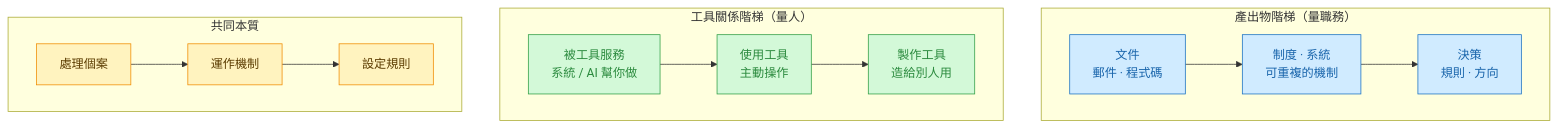
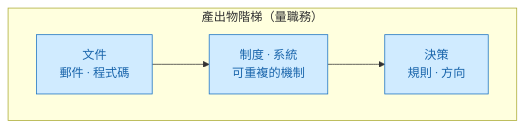
One commit to EddieSu/ai-adoption-notes changed the first of 4 diagrams in AI職務增強評估框架.md. Above: the diagram before and after it, drawn with Mermaid.

Commit message:
職務框架 一、改成一圖一列（三條階梯各占整列，不再並排擠小）

````diff
--- a/AI職務增強評估框架.md
+++ b/AI職務增強評估框架.md
@@ -12,22 +12,9 @@
 ```mermaid
-flowchart TB
+flowchart LR
     subgraph P["產出物階梯（量職務）"]
         direction LR
         P1["文件<br/>郵件 · 程式碼"] --> P2["制度 · 系統<br/>可重複的機制"] --> P3["決策<br/>規則 · 方向"]
     end
-    subgraph T["工具關係階梯（量人）"]
-        direction LR
-        T1["被工具服務<br/>系統 / AI 幫你做"] --> T2["使用工具<br/>主動操作"] --> T3["製作工具<br/>造給別人用"]
-    end
-    subgraph E["共同本質"]
-        direction LR
-        E1["處理個案"] --> E2["運作機制"] --> E3["設定規則"]
-    end
-
     classDef out fill:#d0ebff,stroke:#1971c2,color:#1864ab
-    classDef tool fill:#d3f9d8,stroke:#2f9e44,color:#2b8a3e
-    classDef ess fill:#fff3bf,stroke:#f08c00,color:#5c3c00
     class P1,P2,P3 out
-    class T1,T2,T3 tool
-    class E1,E2,E3 ess
 ```
````
